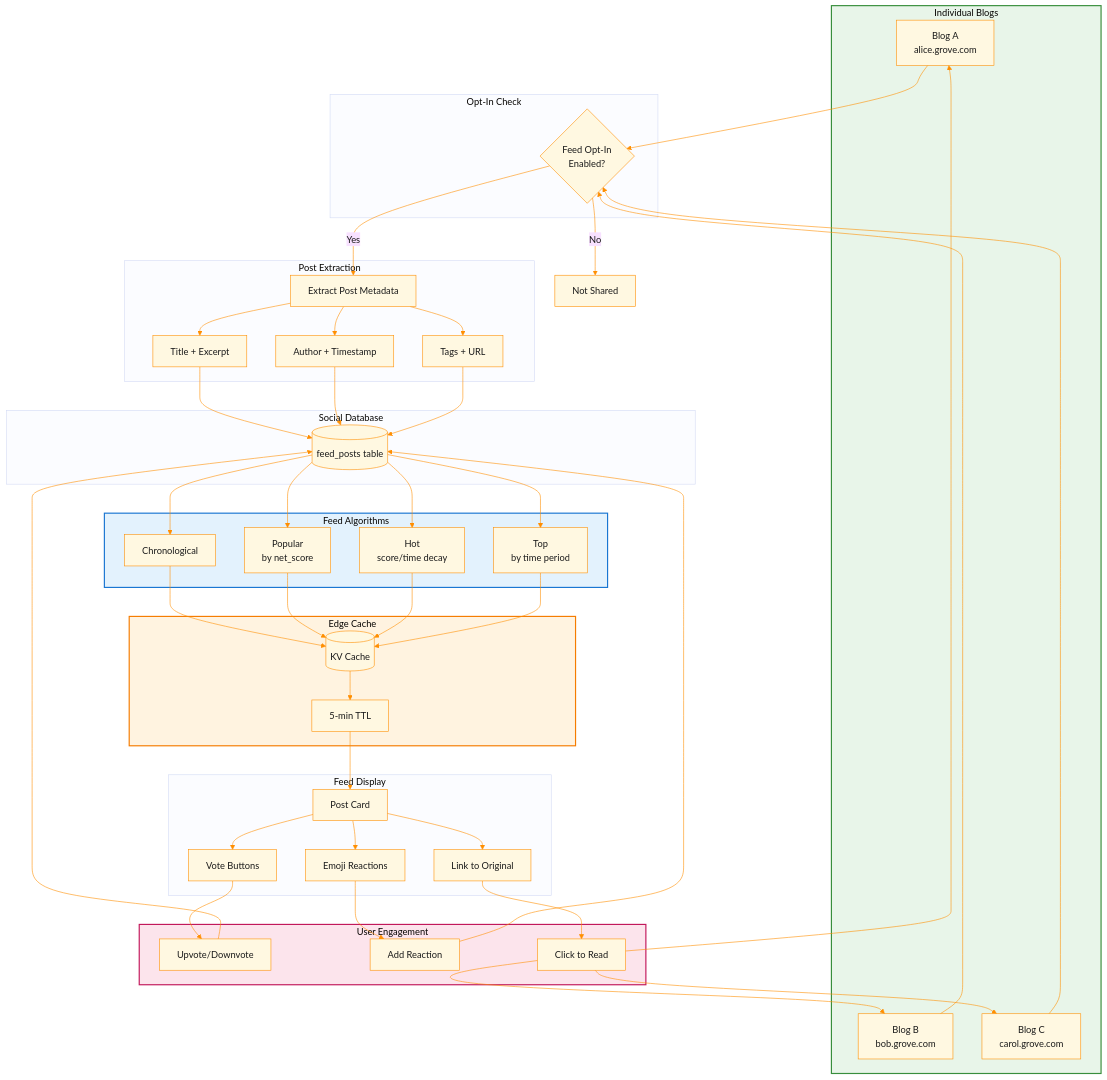
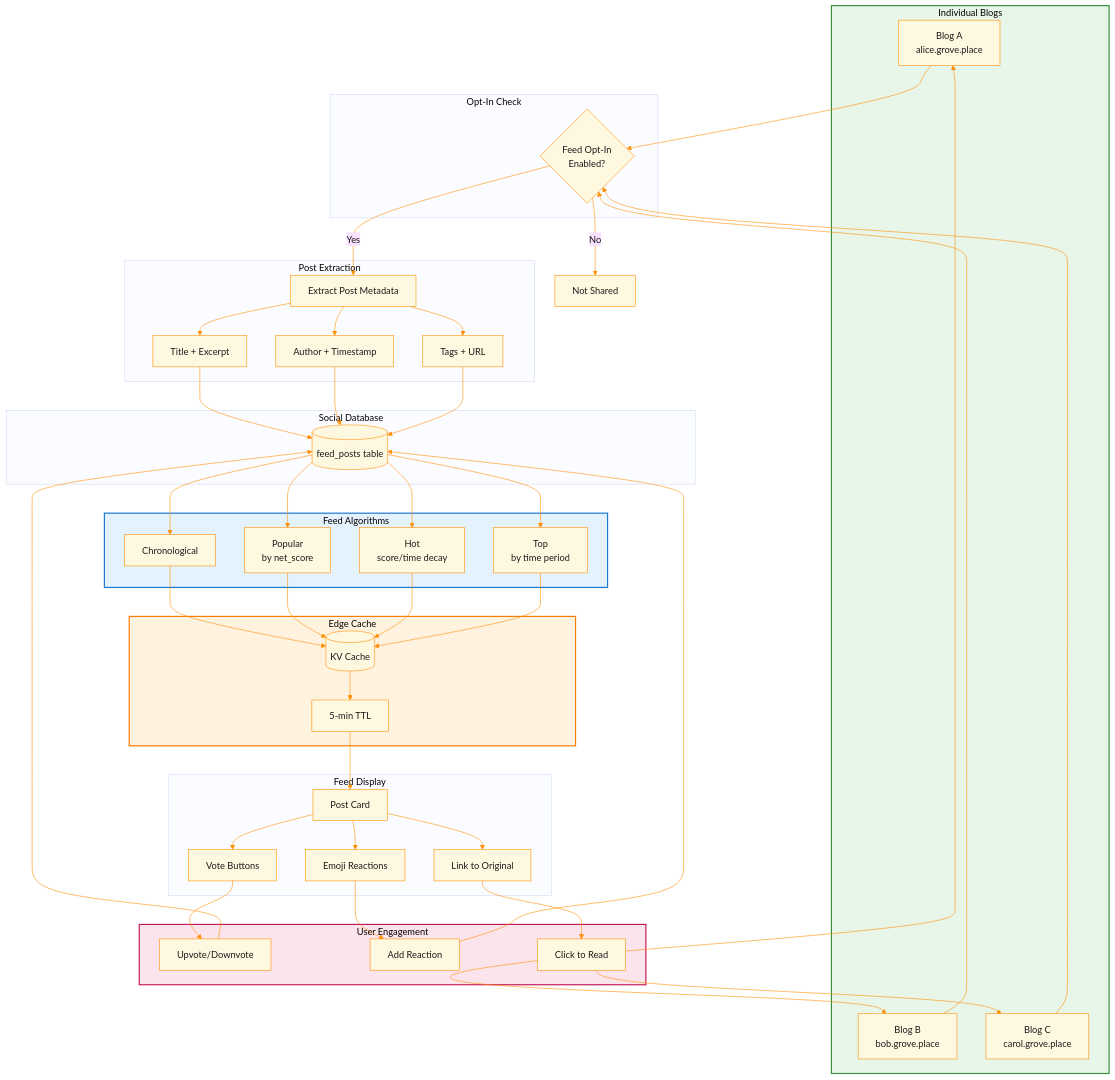
The tenth of 20 diagrams in docs/diagrams.md (AutumnsGrove/GroveEngine), drawn with Mermaid before and after one commit. The commit also changed other lines of this file and 11 other files, not shown here.

First line of the commit message:
docs: Update domain to grove.place and move to Phase 0.1

````diff
--- a/docs/diagrams.md
+++ b/docs/diagrams.md
@@ -641,72 +641,72 @@
 ```mermaid
 %%{init: {'theme': 'base', 'themeVariables': {'primaryColor': '#fff8e1', 'primaryTextColor': '#1a1a1a', 'primaryBorderColor': '#ff8f00', 'lineColor': '#ff8f00', 'background': '#ffffff'}}}%%
 flowchart TD
     subgraph blogs["Individual Blogs"]
-        B1[Blog A<br/>alice.grove.com]
-        B2[Blog B<br/>bob.grove.com]
-        B3[Blog C<br/>carol.grove.com]
+        B1[Blog A<br/>alice.grove.place]
+        B2[Blog B<br/>bob.grove.place]
+        B3[Blog C<br/>carol.grove.place]
     end
 
     subgraph optin["Opt-In Check"]
         O1{Feed Opt-In<br/>Enabled?}
     end
 
     subgraph extraction["Post Extraction"]
         EX1[Extract Post Metadata]
         EX2[Title + Excerpt]
         EX3[Author + Timestamp]
         EX4[Tags + URL]
     end
 
     subgraph storage["Social Database"]
         SD[(feed_posts table)]
     end
 
     subgraph algorithms["Feed Algorithms"]
         A1[Chronological]
         A2[Popular<br/>by net_score]
         A3[Hot<br/>score/time decay]
         A4[Top<br/>by time period]
     end
 
     subgraph cache["Edge Cache"]
         C1[(KV Cache)]
         C2[5-min TTL]
     end
 
     subgraph display["Feed Display"]
         D1[Post Card]
         D2[Vote Buttons]
         D3[Emoji Reactions]
         D4[Link to Original]
     end
 
     subgraph engagement["User Engagement"]
         E1[Upvote/Downvote]
         E2[Add Reaction]
         E3[Click to Read]
     end
 
     %% Flow
     B1 & B2 & B3 --> O1
     O1 -->|Yes| EX1
     O1 -->|No| X[Not Shared]
     EX1 --> EX2 & EX3 & EX4
     EX2 & EX3 & EX4 --> SD
     SD --> A1 & A2 & A3 & A4
     A1 & A2 & A3 & A4 --> C1
     C1 --> C2
     C2 --> D1
     D1 --> D2 & D3 & D4
     D2 --> E1
     D3 --> E2
     D4 --> E3
     E1 --> SD
     E2 --> SD
     E3 --> B1 & B2 & B3
 
     style blogs fill:#e8f5e9,stroke:#388e3c,stroke-width:2px
     style algorithms fill:#e3f2fd,stroke:#1976d2,stroke-width:2px
     style cache fill:#fff3e0,stroke:#f57c00,stroke-width:2px
     style engagement fill:#fce4ec,stroke:#c2185b,stroke-width:2px
 ```
````
